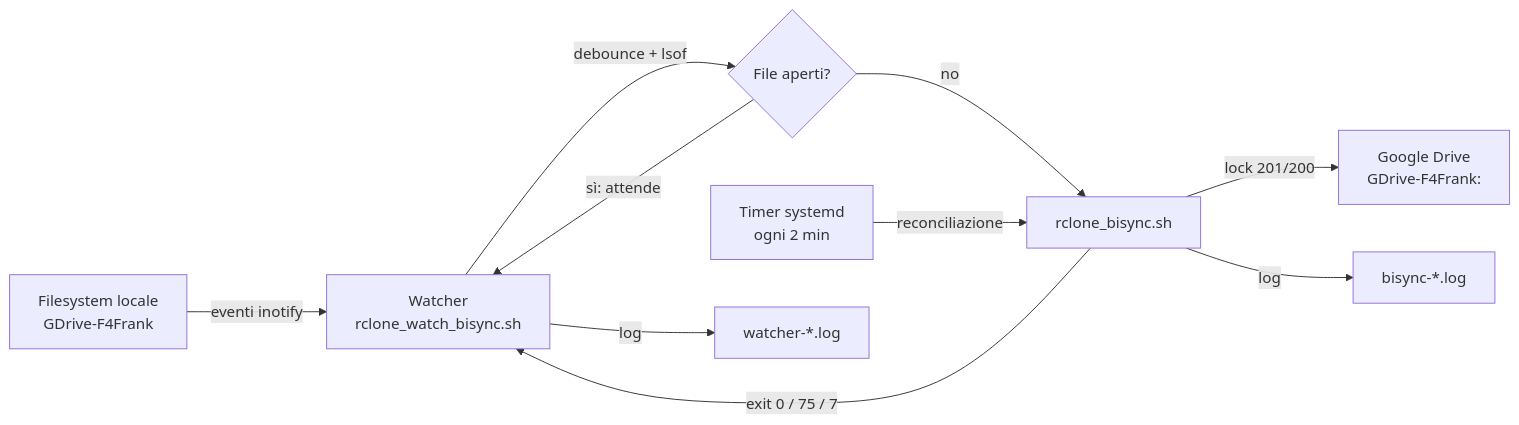
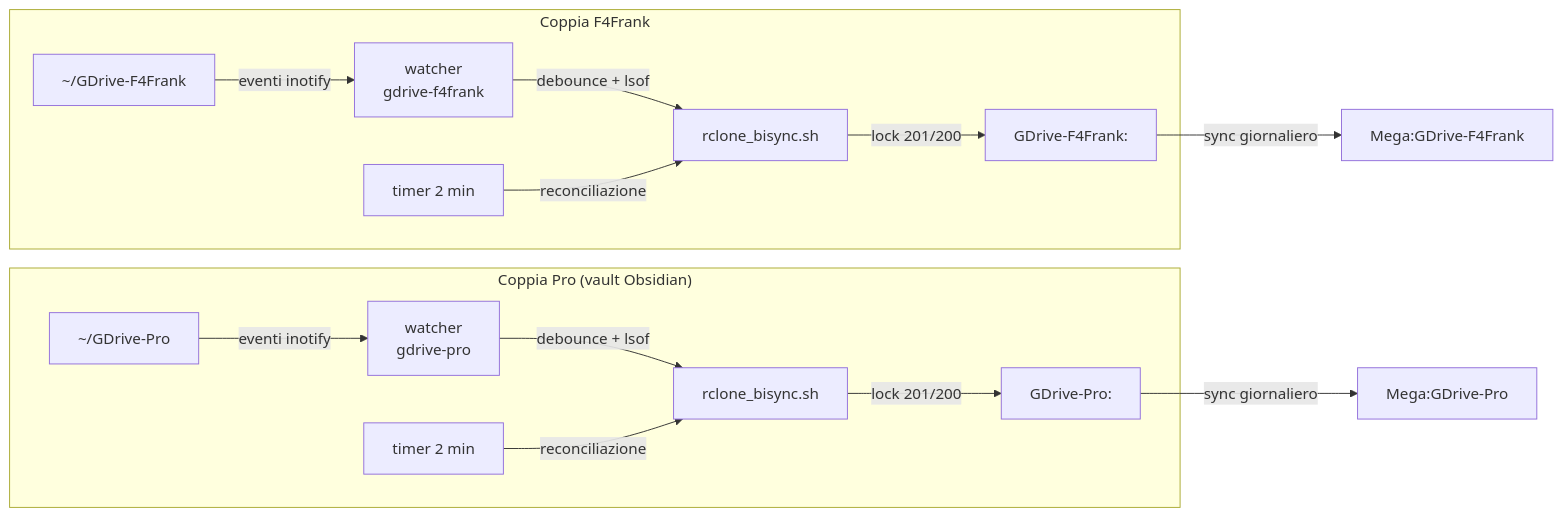
The first of 5 diagrams in AGENTS.md (frankelfokou/Rclone-Automation-Suite), drawn with Mermaid before and after one commit. The commit also changed other lines of this file and 24 other files, not shown here.

````diff
--- a/AGENTS.md
+++ b/AGENTS.md
@@ -72,12 +70,17 @@
 ```mermaid
 flowchart LR
-    FS["Filesystem locale\nGDrive-F4Frank"] -->|"eventi inotify"| W["Watcher\nrclone_watch_bisync.sh"]
-    W -->|"debounce + lsof"| G{"File aperti?"}
-    G -->|"sì: attende"| W
-    G -->|"no"| B["rclone_bisync.sh"]
-    B -->|"lock 201/200"| D["Google Drive\nGDrive-F4Frank:"]
-    T["Timer systemd\nogni 2 min"] -->|"reconciliazione"| B
-    B -->|"exit 0 / 75 / 7"| W
-    W -->|"log"| L["watcher-*.log"]
-    B -->|"log"| BL["bisync-*.log"]
+    subgraph P1["Coppia F4Frank"]
+        L1["~/GDrive-F4Frank"] -->|"eventi inotify"| W1["watcher<br/>gdrive-f4frank"]
+        W1 -->|"debounce + lsof"| B1["rclone_bisync.sh"]
+        T1["timer 2 min"] -->|"reconciliazione"| B1
+        B1 -->|"lock 201/200"| R1["GDrive-F4Frank:"]
+    end
+    subgraph P2["Coppia Pro (vault Obsidian)"]
+        L2["~/GDrive-Pro"] -->|"eventi inotify"| W2["watcher<br/>gdrive-pro"]
+        W2 -->|"debounce + lsof"| B2["rclone_bisync.sh"]
+        T2["timer 2 min"] -->|"reconciliazione"| B2
+        B2 -->|"lock 201/200"| R2["GDrive-Pro:"]
+    end
+    R1 -->|"sync giornaliero"| M1["Mega:GDrive-F4Frank"]
+    R2 -->|"sync giornaliero"| M2["Mega:GDrive-Pro"]
 ```
````
